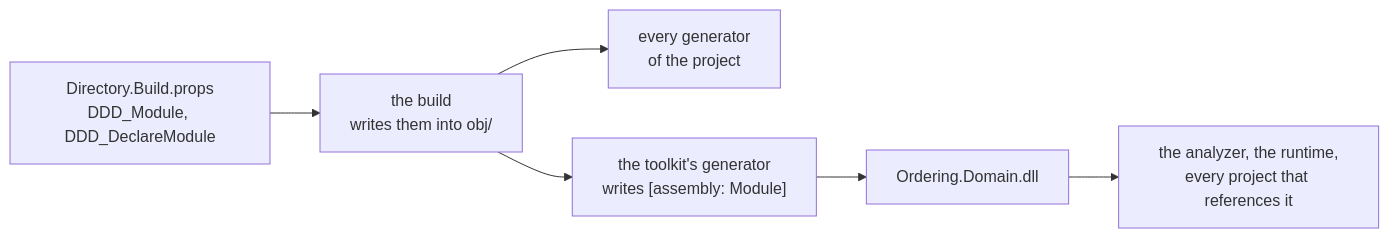
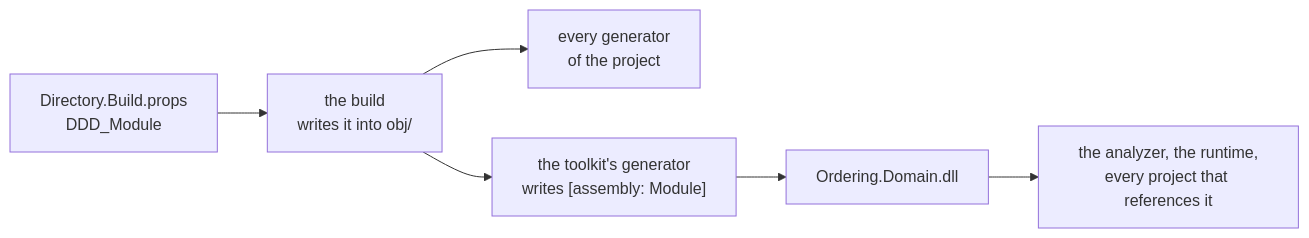
The third of 4 diagrams in docs/modules.md (DylanSnel/DDDToolkit), drawn with Mermaid before and after one commit. The commit also changed other lines of this file and 63 other files, not shown here.

First line of the commit message:
Modules: DDD_Module alone declares the module

````diff
--- a/docs/modules.md
+++ b/docs/modules.md
@@ -359,8 +360,8 @@
 ```mermaid
 flowchart LR
-    Props["Directory.Build.props<br/>DDD_Module, DDD_DeclareModule"] --> Build["the build<br/>writes them into obj/"]
+    Props["Directory.Build.props<br/>DDD_Module"] --> Build["the build<br/>writes it into obj/"]
     Build --> Generators["every generator<br/>of the project"]
     Build --> Module["the toolkit's generator<br/>writes [assembly: Module]"]
     Module --> Dll["Ordering.Domain.dll"]
     Dll --> Readers["the analyzer, the runtime,<br/>every project that references it"]
 ```
````
